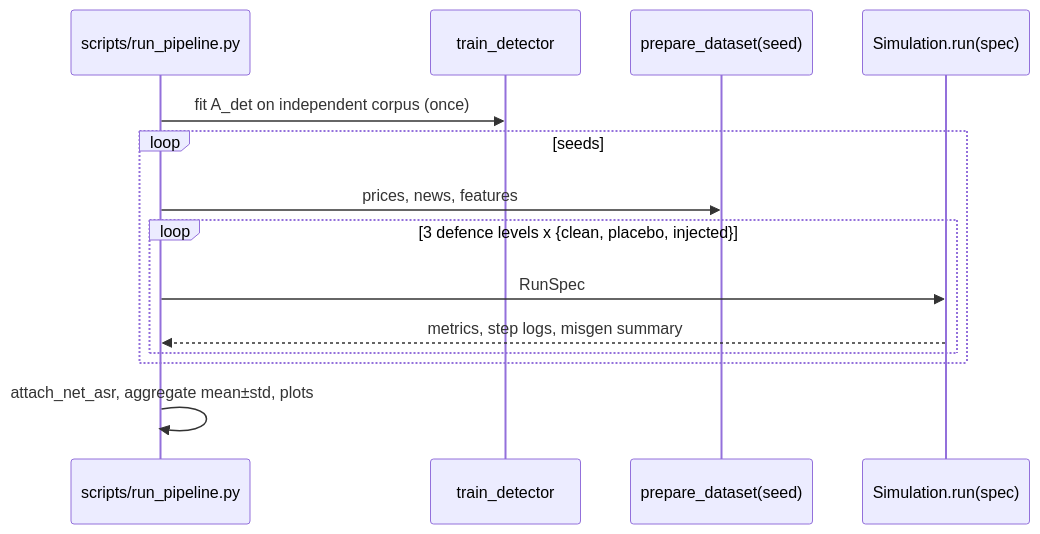
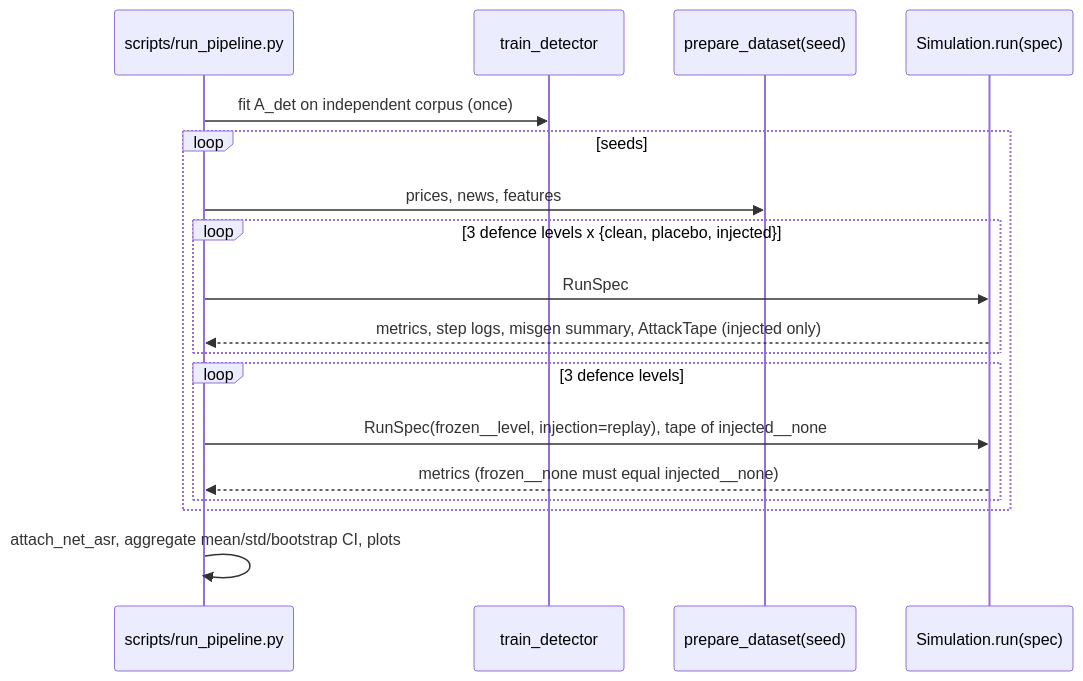
The third of 3 diagrams in docs/ARCHITECTURE.md (aryaman-aga/RobustHFT-AgentLab), drawn with Mermaid before and after one commit. The commit also changed other lines of this file and 22 other files, not shown here.

````diff
--- a/docs/ARCHITECTURE.md
+++ b/docs/ARCHITECTURE.md
@@ -144,16 +144,20 @@
 ```mermaid
 sequenceDiagram
   participant S as scripts/run_pipeline.py
   participant D as train_detector
   participant P as prepare_dataset(seed)
   participant R as Simulation.run(spec)
   S->>D: fit A_det on independent corpus (once)
   loop seeds
     S->>P: prices, news, features
     loop 3 defence levels x {clean, placebo, injected}
       S->>R: RunSpec
-      R-->>S: metrics, step logs, misgen summary
+      R-->>S: metrics, step logs, misgen summary, AttackTape (injected only)
+    end
+    loop 3 defence levels
+      S->>R: RunSpec(frozen__level, injection=replay), tape of injected__none
+      R-->>S: metrics (frozen__none must equal injected__none)
     end
   end
-  S->>S: attach_net_asr, aggregate mean±std, plots
+  S->>S: attach_net_asr, aggregate mean/std/bootstrap CI, plots
 ```
````
